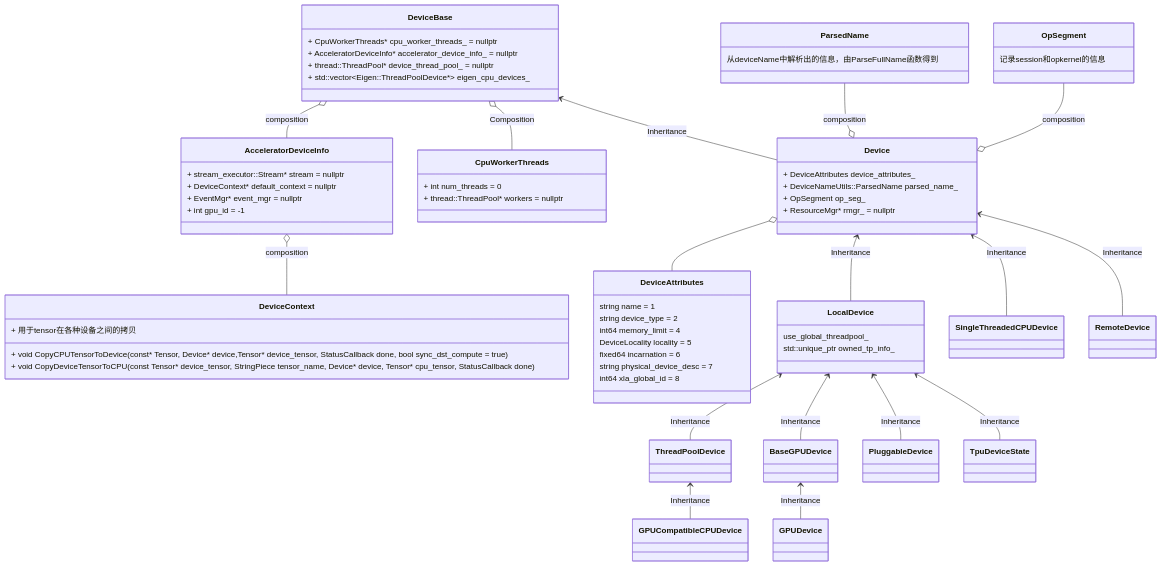
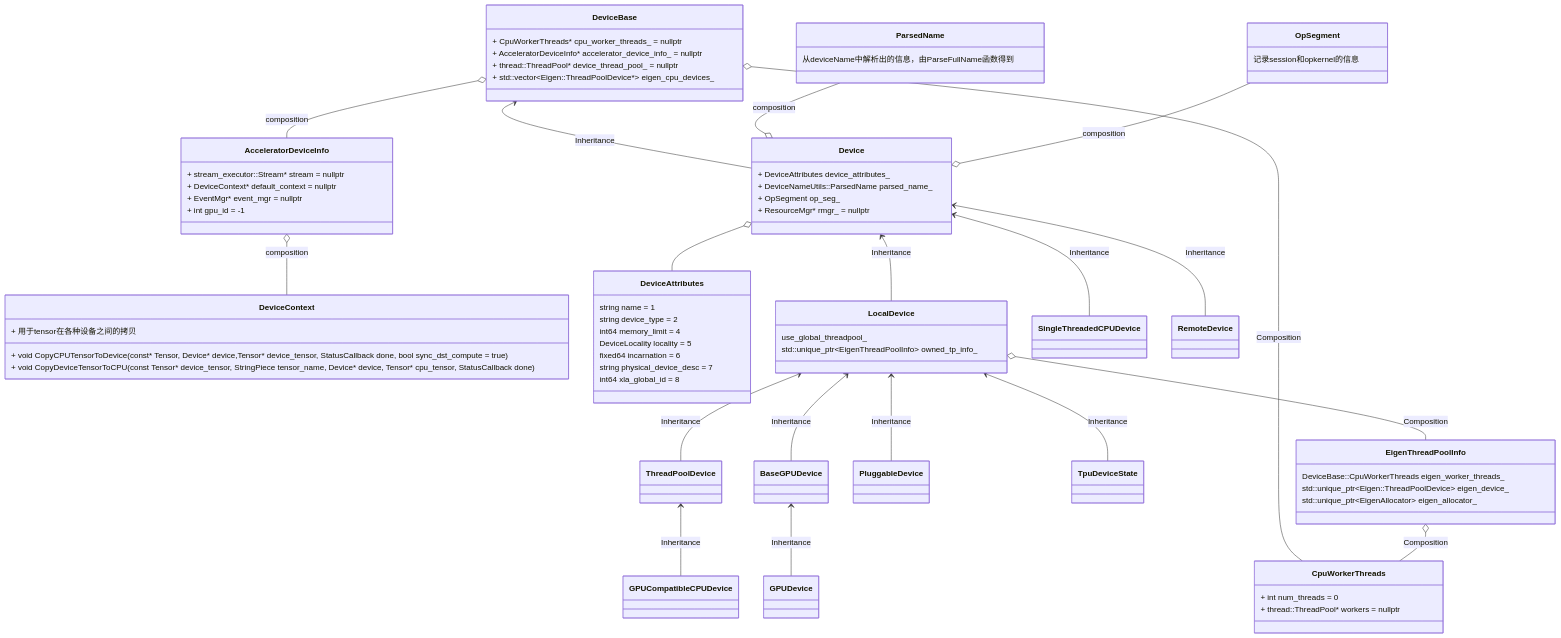
The second of 3 diagrams in tensorflow源码精读/tensorflow源码精读之Device.md (szkang1990/blog), drawn with Mermaid before and after one commit. The commit also changed other lines of this file, not shown here.

````diff
--- a/tensorflow源码精读/tensorflow源码精读之Device.md
+++ b/tensorflow源码精读/tensorflow源码精读之Device.md
@@ -365,55 +365,60 @@
 ```mermaid
 classDiagram
   DeviceBase <--Device: Inheritance
   DeviceBase : + CpuWorkerThreads* cpu_worker_threads_ = nullptr
   DeviceBase : + AcceleratorDeviceInfo* accelerator_device_info_ = nullptr
   DeviceBase : + thread&#58&#58ThreadPool* device_thread_pool_ = nullptr
   DeviceBase : + std&#58&#58vector&#60Eigen&#58&#58ThreadPoolDevice*> eigen_cpu_devices_
   DeviceBase  o-- CpuWorkerThreads: Composition
   CpuWorkerThreads : + int num_threads = 0
   CpuWorkerThreads : + thread&#58&#58ThreadPool* workers = nullptr
   DeviceBase o-- AcceleratorDeviceInfo: composition
   AcceleratorDeviceInfo:+  stream_executor&#58&#58Stream* stream = nullptr
   AcceleratorDeviceInfo:+  DeviceContext* default_context = nullptr
   AcceleratorDeviceInfo:+  EventMgr* event_mgr = nullptr
   AcceleratorDeviceInfo:+  int gpu_id = -1
   AcceleratorDeviceInfo o-- DeviceContext: composition
   DeviceContext:+ void CopyCPUTensorToDevice(const* Tensor, Device* device,Tensor* device_tensor, StatusCallback done, bool sync_dst_compute = true)
   DeviceContext:+ void CopyDeviceTensorToCPU(const Tensor* device_tensor, StringPiece tensor_name, Device* device, Tensor* cpu_tensor, StatusCallback done)
   DeviceContext:+ 用于tensor在各种设备之间的拷贝
   Device : + DeviceAttributes device_attributes_
   Device : + DeviceNameUtils&#58&#58ParsedName parsed_name_
   Device : + OpSegment op_seg_
   Device : + ResourceMgr* rmgr_ = nullptr
 
   Device o-- DeviceAttributes
   DeviceAttributes : string name = 1
   DeviceAttributes : string device_type = 2
   DeviceAttributes : int64 memory_limit = 4
   DeviceAttributes : DeviceLocality locality = 5
   DeviceAttributes : fixed64 incarnation = 6
   DeviceAttributes : string physical_device_desc = 7
   DeviceAttributes : int64 xla_global_id = 8
 
   ParsedName --o Device :composition
   ParsedName : 从deviceName中解析出的信息，由ParseFullName函数得到
 
   OpSegment --o Device: composition
   OpSegment: 记录session和opkernel的信息
 
 
   Device <--LocalDevice : Inheritance
   Device <--SingleThreadedCPUDevice : Inheritance
   Device <--RemoteDevice : Inheritance
   LocalDevice <--ThreadPoolDevice : Inheritance
   LocalDevice <--BaseGPUDevice : Inheritance
   LocalDevice <--PluggableDevice : Inheritance
   LocalDevice <--TpuDeviceState : Inheritance
   BaseGPUDevice <--GPUDevice : Inheritance
   ThreadPoolDevice <--GPUCompatibleCPUDevice : Inheritance
 
   LocalDevice : use_global_threadpool_
-  LocalDevice : std&#58&#58unique_ptr<EigenThreadPoolInfo> owned_tp_info_
+  LocalDevice : std&#58&#58unique_ptr&#60EigenThreadPoolInfo> owned_tp_info_
 
-  
+  LocalDevice o--   EigenThreadPoolInfo : Composition
+
+  EigenThreadPoolInfo   o-- CpuWorkerThreads: Composition
+  EigenThreadPoolInfo : DeviceBase&#58&#58CpuWorkerThreads eigen_worker_threads_
+  EigenThreadPoolInfo : std&#58&#58unique_ptr&#60Eigen&#58&#58ThreadPoolDevice> eigen_device_
+  EigenThreadPoolInfo : std&#58&#58unique_ptr&#60EigenAllocator> eigen_allocator_
 ```
````
